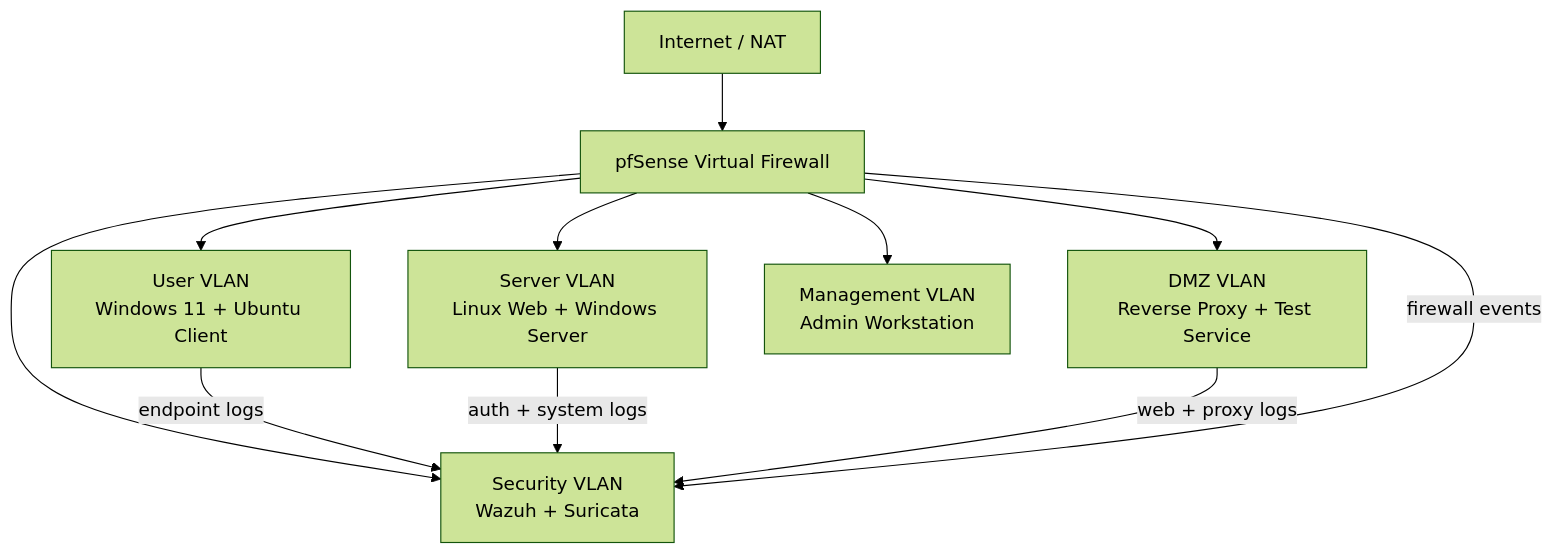
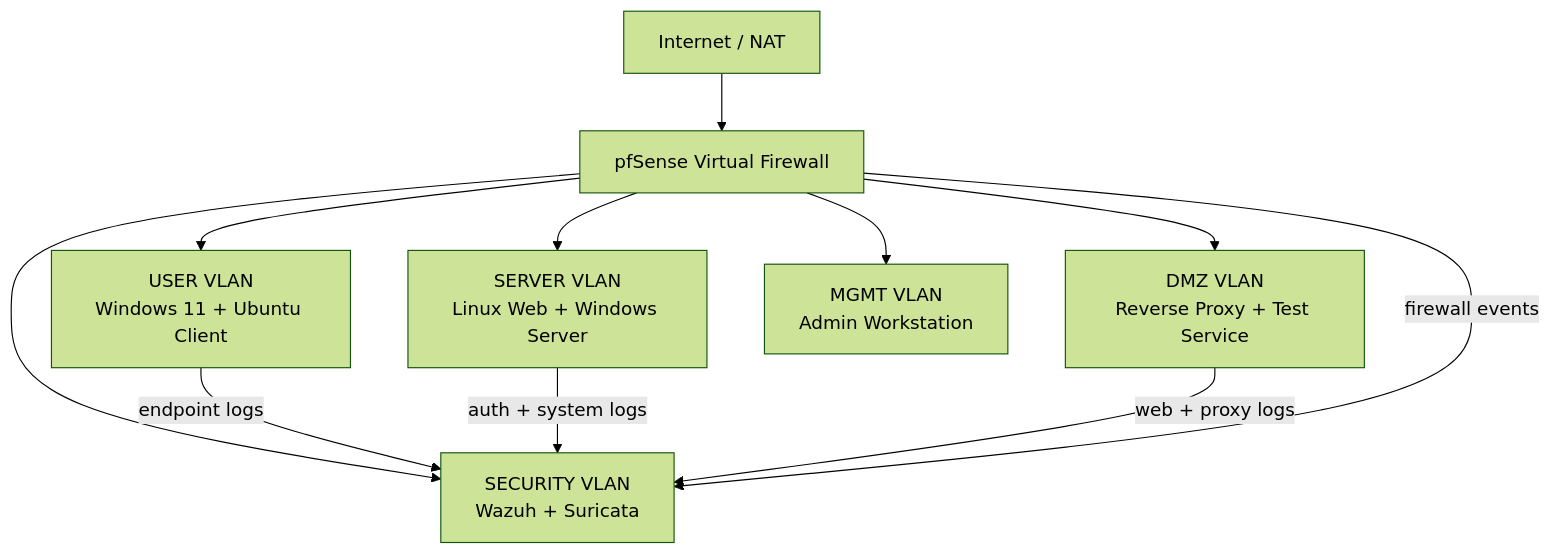
The diagram in README.md (NithinAI-10/Virtualized_security_engineering_lab), drawn with Mermaid (forest theme) before and after one commit. The commit also changed other lines of this file, not shown here.

````diff
--- a/README.md
+++ b/README.md
@@ -19,22 +34,22 @@
 ```mermaid
 flowchart TB
     internet["Internet / NAT"]
     firewall["pfSense Virtual Firewall"]
-    user["User VLAN\nWindows 11 + Ubuntu Client"]
-    server["Server VLAN\nLinux Web + Windows Server"]
+    user["USER VLAN\nWindows 11 + Ubuntu Client"]
+    server["SERVER VLAN\nLinux Web + Windows Server"]
     dmz["DMZ VLAN\nReverse Proxy + Test Service"]
-    security["Security VLAN\nWazuh + Suricata"]
-    mgmt["Management VLAN\nAdmin Workstation"]
+    security["SECURITY VLAN\nWazuh + Suricata"]
+    mgmt["MGMT VLAN\nAdmin Workstation"]
 
     internet --> firewall
     firewall --> user
     firewall --> server
     firewall --> dmz
     firewall --> security
     firewall --> mgmt
 
     user -->|endpoint logs| security
     server -->|auth + system logs| security
     dmz -->|web + proxy logs| security
     firewall -->|firewall events| security
 ```
````
